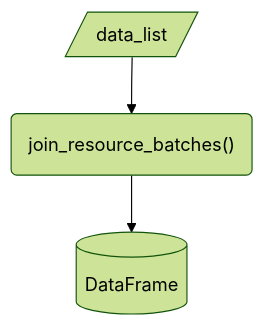
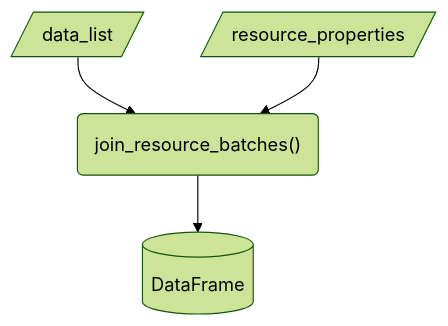
The seventh of 10 diagrams in docs/design/interface/functions.qmd (seedcase-project/seedcase-sprout), drawn with Mermaid (forest theme) before and after one commit. The commit also changed other lines of this file and 1 other file, not shown here.

Commit message:
docs: :building_construction: updates to match pseudocode and flows

````diff
--- a/docs/design/interface/functions.qmd
+++ b/docs/design/interface/functions.qmd
@@ -170,8 +172,10 @@
 ```{mermaid}
 flowchart
     in_data[/data_list/]
+    in_properties[/resource_properties/]
     function("join_resource_batches()")
     out[("DataFrame")]
     in_data --> function
+    in_properties --> function
     function --> out
 ```
````
